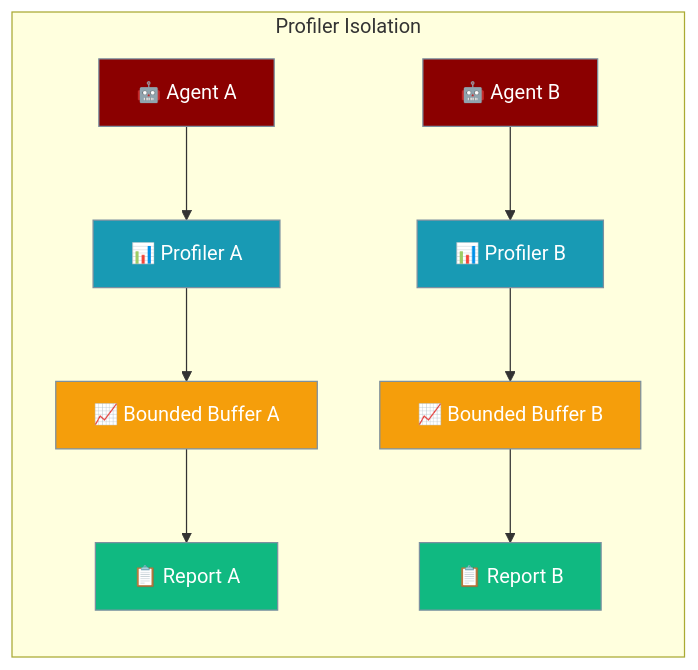
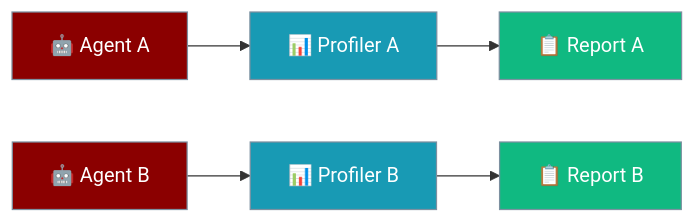
Before and after one commit to MervinPraison/PraisonAIDocs: the diagram in docs/features/profiler.mdx, drawn with Mermaid. The commit also changed other lines of this file and 4 other files, not shown here.

````diff
--- a/docs/features/profiler.mdx
+++ b/docs/features/profiler.mdx
@@ -10,21 +23,15 @@
 ```mermaid
 graph LR
-    subgraph "Profiler Isolation"
-        A[🤖 Agent A] --> B[📊 Profiler A]
-        C[🤖 Agent B] --> D[📊 Profiler B]
-        B --> E[📈 Bounded Buffer A]
-        D --> F[📈 Bounded Buffer B]
-        E --> G[📋 Report A]
-        F --> H[📋 Report B]
-    end
-    
+    A[🤖 Agent A] --> PA[📊 Profiler A]
+    B[🤖 Agent B] --> PB[📊 Profiler B]
+    PA --> RA[📋 Report A]
+    PB --> RB[📋 Report B]
+
     classDef agent fill:#8B0000,stroke:#7C90A0,color:#fff
     classDef profiler fill:#189AB4,stroke:#7C90A0,color:#fff
-    classDef buffer fill:#F59E0B,stroke:#7C90A0,color:#fff
     classDef output fill:#10B981,stroke:#7C90A0,color:#fff
-    
-    class A,C agent
-    class B,D profiler
-    class E,F buffer
-    class G,H output
+
+    class A,B agent
+    class PA,PB profiler
+    class RA,RB output
 ```
````
